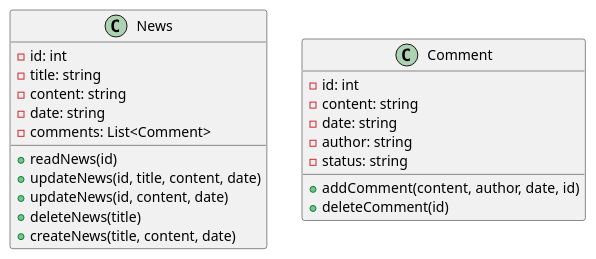
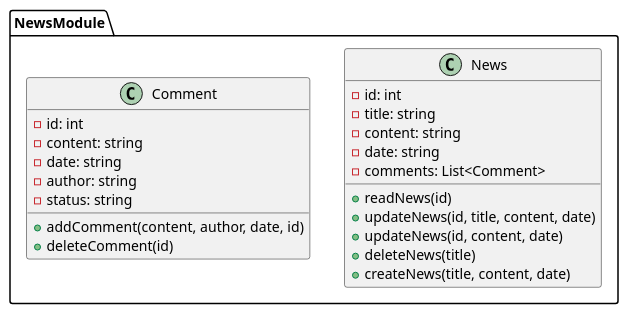
The diagram in manage_news.plantuml (anshium/DASS-Assignment-3-IMS-System-Design), drawn with PlantUML before and after one commit. The commit also changed 9 other files, not shown here.

```diff
--- a/manage_news.plantuml
+++ b/manage_news.plantuml
@@ -1,25 +1,28 @@
 @startuml manage_news
 
-class News {
-    - id: int
-    - title: string
-    - content: string
-    - date: string
-    - comments: List<Comment>
-    + readNews(id)
-    + updateNews(id, title, content, date)
-    + updateNews(id, content, date)
-    + deleteNews(title)
-    + createNews(title, content, date)
+package NewsModule {
+    class News {
+        - id: int
+        - title: string
+        - content: string
+        - date: string
+        - comments: List<Comment>
+        + readNews(id)
+        + updateNews(id, title, content, date)
+        + updateNews(id, content, date)
+        + deleteNews(title)
+        + createNews(title, content, date)
+    }
+
+    class Comment {
+        - id: int
+        - content: string
+        - date: string
+        - author: string
+        - status: string
+        + addComment(content, author, date, id)
+        + deleteComment(id)
+    }
 }
 
-class Comment {
-    - id: int
-    - content: string
-    - date: string
-    - author: string
-    - status: string
-    + addComment(content, author, date, id)
-    + deleteComment(id)
-}
 @enduml
```
